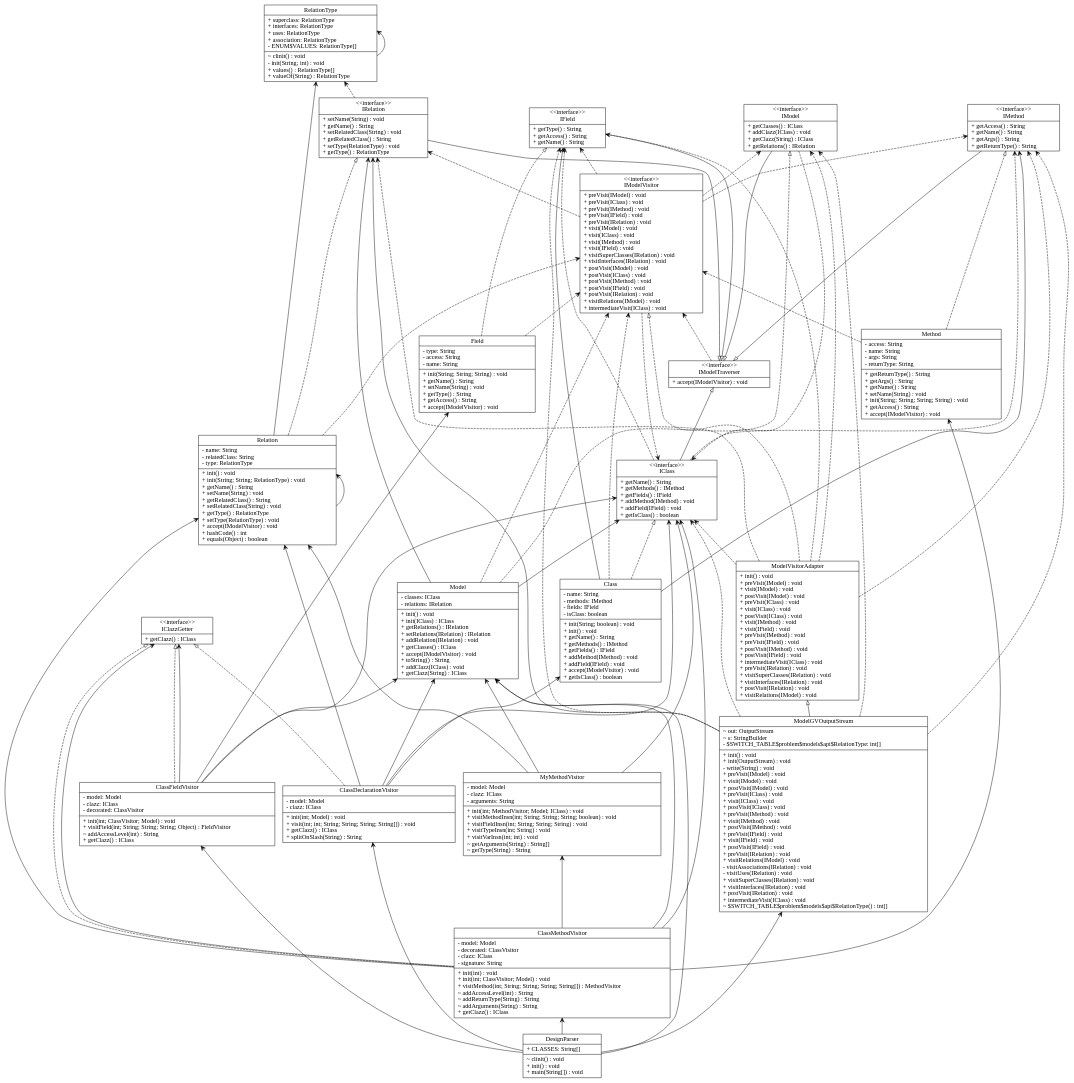
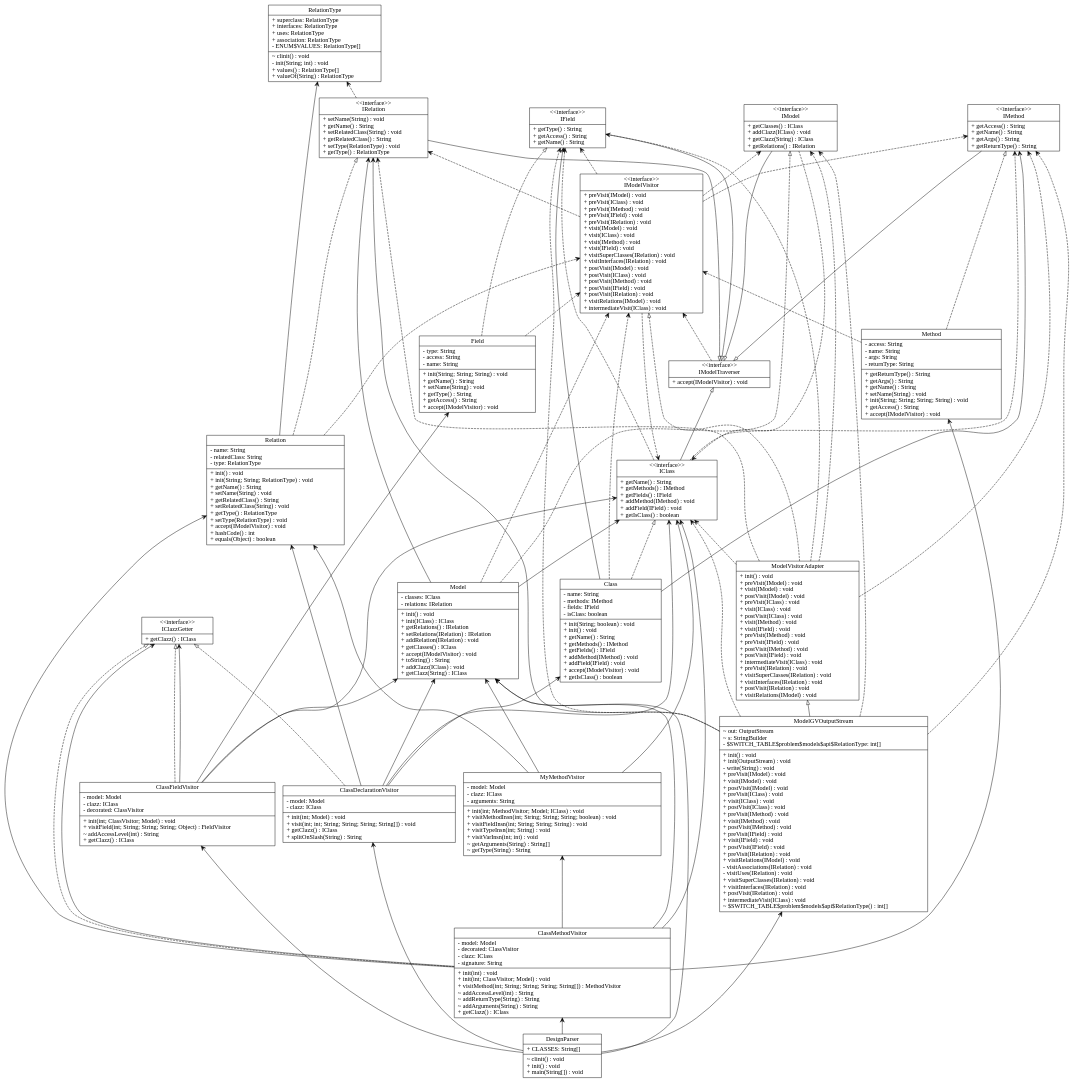
One commit to tpunt3/Csse374 changed the diagram in input_output/model.gv. Above: the diagram before and after it, drawn with Graphviz. The commit also changed 15 other files, not shown here.

```diff
--- a/input_output/model.gv
+++ b/input_output/model.gv
@@ -1,178 +1,176 @@
 digraph model{
 rankdir = BT;
 ClassDeclarationVisitor [
 shape="record",
 label = "{ClassDeclarationVisitor| - model: Model\l- clazz: IClass\l|+ init(int; Model) : void\l+ visit(int; int; String; String; String; String[]) : void\l+ getClazz() : IClass\l+ splitOnSlash(String) : String\l}"
 ];
 
 ClassFieldVisitor [
 shape="record",
 label = "{ClassFieldVisitor| - model: Model\l- clazz: IClass\l- decorated: ClassVisitor\l|+ init(int; ClassVisitor; Model) : void\l+ visitField(int; String; String; String; Object) : FieldVisitor\l~ addAccessLevel(int) : String\l+ getClazz() : IClass\l}"
 ];
 
 ClassMethodVisitor [
 shape="record",
 label = "{ClassMethodVisitor| - model: Model\l- decorated: ClassVisitor\l- clazz: IClass\l- signature: String\l|+ init(int) : void\l+ init(int; ClassVisitor; Model) : void\l+ visitMethod(int; String; String; String; String[]) : MethodVisitor\l~ addAccessLevel(int) : String\l~ addReturnType(String) : String\l~ addArguments(String) : String\l+ getClazz() : IClass\l}"
 ];
 
 DesignParser [
 shape="record",
 label = "{DesignParser| + CLASSES: String[]\l|~ clinit() : void\l+ init() : void\l+ main(String[]) : void\l}"
 ];
 
 IClazzGetter [
 shape="record",
 label = "{\<\<interface\>\>\nIClazzGetter| + getClazz() : IClass\l}"
 ];
 
 MyMethodVisitor [
 shape="record",
 label = "{MyMethodVisitor| - model: Model\l- clazz: IClass\l- arguments: String\l|+ init(int; MethodVisitor; Model; IClass) : void\l+ visitMethodInsn(int; String; String; String; boolean) : void\l+ visitFieldInsn(int; String; String; String) : void\l+ visitTypeInsn(int; String) : void\l+ visitVarInsn(int; int) : void\l~ getArguments(String) : String[]\l~ getType(String) : String\l}"
 ];
 
 IModelTraverser [
 shape="record",
 label = "{\<\<interface\>\>\nIModelTraverser| + accept(IModelVisitor) : void\l}"
 ];
 
 IModelVisitor [
 shape="record",
 label = "{\<\<interface\>\>\nIModelVisitor| + preVisit(IModel) : void\l+ preVisit(IClass) : void\l+ preVisit(IMethod) : void\l+ preVisit(IField) : void\l+ preVisit(IRelation) : void\l+ visit(IModel) : void\l+ visit(IClass) : void\l+ visit(IMethod) : void\l+ visit(IField) : void\l+ visitSuperClasses(IRelation) : void\l+ visitInterfaces(IRelation) : void\l+ postVisit(IModel) : void\l+ postVisit(IClass) : void\l+ postVisit(IMethod) : void\l+ postVisit(IField) : void\l+ postVisit(IRelation) : void\l+ visitRelations(IModel) : void\l+ intermediateVisit(IClass) : void\l}"
 ];
 
 ModelVisitorAdapter [
 shape="record",
 label = "{ModelVisitorAdapter| + init() : void\l+ preVisit(IModel) : void\l+ visit(IModel) : void\l+ postVisit(IModel) : void\l+ preVisit(IClass) : void\l+ visit(IClass) : void\l+ postVisit(IClass) : void\l+ visit(IMethod) : void\l+ visit(IField) : void\l+ preVisit(IMethod) : void\l+ preVisit(IField) : void\l+ postVisit(IMethod) : void\l+ postVisit(IField) : void\l+ intermediateVisit(IClass) : void\l+ preVisit(IRelation) : void\l+ visitSuperClasses(IRelation) : void\l+ visitInterfaces(IRelation) : void\l+ postVisit(IRelation) : void\l+ visitRelations(IModel) : void\l}"
 ];
 
 IClass [
 shape="record",
 label = "{\<\<interface\>\>\nIClass| + getName() : String\l+ getMethods() : IMethod\l+ getFields() : IField\l+ addMethod(IMethod) : void\l+ addField(IField) : void\l+ getIsClass() : boolean\l}"
 ];
 
 IField [
 shape="record",
 label = "{\<\<interface\>\>\nIField| + getType() : String\l+ getAccess() : String\l+ getName() : String\l}"
 ];
 
 IMethod [
 shape="record",
 label = "{\<\<interface\>\>\nIMethod| + getAccess() : String\l+ getName() : String\l+ getArgs() : String\l+ getReturnType() : String\l}"
 ];
 
 IModel [
 shape="record",
 label = "{\<\<interface\>\>\nIModel| + getClasses() : IClass\l+ addClazz(IClass) : void\l+ getClazz(String) : IClass\l+ getRelations() : IRelation\l}"
 ];
 
 IRelation [
 shape="record",
 label = "{\<\<interface\>\>\nIRelation| + setName(String) : void\l+ getName() : String\l+ setRelatedClass(String) : void\l+ getRelatedClass() : String\l+ setType(RelationType) : void\l+ getType() : RelationType\l}"
 ];
 
 RelationType [
 shape="record",
 label = "{RelationType| + superclass: RelationType\l+ interfaces: RelationType\l+ uses: RelationType\l+ association: RelationType\l- ENUM$VALUES: RelationType[]\l|~ clinit() : void\l- init(String; int) : void\l+ values() : RelationType[]\l+ valueOf(String) : RelationType\l}"
 ];
 
 Class [
 shape="record",
 label = "{Class| - name: String\l- methods: IMethod\l- fields: IField\l- isClass: boolean\l|+ init(String; boolean) : void\l+ init() : void\l+ getName() : String\l+ getMethods() : IMethod\l+ getFields() : IField\l+ addMethod(IMethod) : void\l+ addField(IField) : void\l+ accept(IModelVisitor) : void\l+ getIsClass() : boolean\l}"
 ];
 
 Field [
 shape="record",
 label = "{Field| - type: String\l- access: String\l- name: String\l|+ init(String; String; String) : void\l+ getName() : String\l+ setName(String) : void\l+ getType() : String\l+ getAccess() : String\l+ accept(IModelVisitor) : void\l}"
 ];
 
 Method [
 shape="record",
 label = "{Method| - access: String\l- name: String\l- args: String\l- returnType: String\l|+ getReturnType() : String\l+ getArgs() : String\l+ getName() : String\l+ setName(String) : void\l+ init(String; String; String; String) : void\l+ getAccess() : String\l+ accept(IModelVisitor) : void\l}"
 ];
 
 Model [
 shape="record",
 label = "{Model| - classes: IClass\l- relations: IRelation\l|+ init() : void\l+ init(IClass) : IClass\l+ getRelations() : IRelation\l+ setRelations(IRelation) : IRelation\l+ addRelation(IRelation) : void\l+ getClasses() : IClass\l+ accept(IModelVisitor) : void\l+ toString() : String\l+ addClazz(IClass) : void\l+ getClazz(String) : IClass\l}"
 ];
 
 ModelGVOutputStream [
 shape="record",
 label = "{ModelGVOutputStream| ~ out: OutputStream\l~ s: StringBuilder\l- $SWITCH_TABLE$problem$models$api$RelationType: int[]\l|+ init() : void\l+ init(OutputStream) : void\l- write(String) : void\l+ preVisit(IModel) : void\l+ visit(IModel) : void\l+ postVisit(IModel) : void\l+ preVisit(IClass) : void\l+ visit(IClass) : void\l+ postVisit(IClass) : void\l+ preVisit(IMethod) : void\l+ visit(IMethod) : void\l+ postVisit(IMethod) : void\l+ preVisit(IField) : void\l+ visit(IField) : void\l+ postVisit(IField) : void\l+ preVisit(IRelation) : void\l+ visitRelations(IModel) : void\l- visitAssociations(IRelation) : void\l- visitUses(IRelation) : void\l+ visitSuperClasses(IRelation) : void\l+ visitInterfaces(IRelation) : void\l+ postVisit(IRelation) : void\l+ intermediateVisit(IClass) : void\l~ $SWITCH_TABLE$problem$models$api$RelationType() : int[]\l}"
 ];
 
 Relation [
 shape="record",
 label = "{Relation| - name: String\l- relatedClass: String\l- type: RelationType\l|+ init() : void\l+ init(String; String; RelationType) : void\l+ getName() : String\l+ setName(String) : void\l+ getRelatedClass() : String\l+ setRelatedClass(String) : void\l+ getType() : RelationType\l+ setType(RelationType) : void\l+ accept(IModelVisitor) : void\l+ hashCode() : int\l+ equals(Object) : boolean\l}"
 ];
 
 //writing relations between classes now
 ClassDeclarationVisitor -> IClazzGetter [arrowhead = "empty", style = "dashed"];
 ClassDeclarationVisitor -> Model [arrowhead = "vee"];
 ClassDeclarationVisitor -> Class [arrowhead = "vee"];
 ClassDeclarationVisitor -> IClass [arrowhead = "vee"];
 ClassDeclarationVisitor -> Relation [arrowhead = "vee"];
 ClassFieldVisitor -> IClazzGetter [arrowhead = "empty", style = "dashed"];
 ClassFieldVisitor -> Model [arrowhead = "vee"];
 ClassFieldVisitor -> IClass [arrowhead = "vee"];
 ClassFieldVisitor -> Field [arrowhead = "vee"];
 ClassFieldVisitor -> IClazzGetter [arrowhead = "vee"];
 ClassMethodVisitor -> IClazzGetter [arrowhead = "empty", style = "dashed"];
 ClassMethodVisitor -> IClass [arrowhead = "vee"];
 ClassMethodVisitor -> Model [arrowhead = "vee"];
 ClassMethodVisitor -> MyMethodVisitor [arrowhead = "vee"];
 ClassMethodVisitor -> Relation [arrowhead = "vee"];
 ClassMethodVisitor -> Method [arrowhead = "vee"];
 ClassMethodVisitor -> IClazzGetter [arrowhead = "vee"];
 DesignParser -> Model [arrowhead = "vee"];
 DesignParser -> ClassDeclarationVisitor [arrowhead = "vee"];
 DesignParser -> ClassFieldVisitor [arrowhead = "vee"];
 DesignParser -> ClassMethodVisitor [arrowhead = "vee"];
 DesignParser -> ModelGVOutputStream [arrowhead = "vee"];
 MyMethodVisitor -> Model [arrowhead = "vee"];
 MyMethodVisitor -> IClass [arrowhead = "vee"];
 MyMethodVisitor -> Relation [arrowhead = "vee"];
 IModelTraverser -> IModelVisitor [arrowhead = "vee", style = "dashed"];
 IModelVisitor -> IModel [arrowhead = "vee", style = "dashed"];
 IModelVisitor -> IClass [arrowhead = "vee", style = "dashed"];
 IModelVisitor -> IMethod [arrowhead = "vee", style = "dashed"];
 IModelVisitor -> IField [arrowhead = "vee", style = "dashed"];
 IModelVisitor -> IRelation [arrowhead = "vee", style = "dashed"];
 ModelVisitorAdapter -> IModelVisitor [arrowhead = "empty", style = "dashed"];
 ModelVisitorAdapter -> IModel [arrowhead = "vee", style = "dashed"];
 ModelVisitorAdapter -> IClass [arrowhead = "vee", style = "dashed"];
 ModelVisitorAdapter -> IMethod [arrowhead = "vee", style = "dashed"];
 ModelVisitorAdapter -> IField [arrowhead = "vee", style = "dashed"];
 ModelVisitorAdapter -> IRelation [arrowhead = "vee", style = "dashed"];
 IClass -> IModelTraverser [arrowhead = "empty"];
 IClass -> IMethod [arrowhead = "vee", style = "dashed"];
 IClass -> IField [arrowhead = "vee", style = "dashed"];
 IField -> IModelTraverser [arrowhead = "empty"];
 IMethod -> IModelTraverser [arrowhead = "empty"];
 IModel -> IModelTraverser [arrowhead = "empty"];
 IModel -> IClass [arrowhead = "vee", style = "dashed"];
 IRelation -> IModelTraverser [arrowhead = "empty"];
 IRelation -> RelationType [arrowhead = "vee", style = "dashed"];
-RelationType -> RelationType [arrowhead = "vee"];
 Class -> IClass [arrowhead = "empty", style = "dashed"];
 Class -> IModelVisitor [arrowhead = "vee", style = "dashed"];
 Class -> IField [arrowhead = "vee"];
 Class -> IMethod [arrowhead = "vee"];
 Field -> IField [arrowhead = "empty", style = "dashed"];
 Field -> IModelVisitor [arrowhead = "vee", style = "dashed"];
 Method -> IMethod [arrowhead = "empty", style = "dashed"];
 Method -> IModelVisitor [arrowhead = "vee", style = "dashed"];
 Model -> IModel [arrowhead = "empty", style = "dashed"];
 Model -> IRelation [arrowhead = "vee"];
 Model -> IModelVisitor [arrowhead = "vee", style = "dashed"];
 Model -> IClass [arrowhead = "vee"];
 ModelGVOutputStream -> ModelVisitorAdapter [arrowhead = "empty"];
 ModelGVOutputStream -> IModel [arrowhead = "vee", style = "dashed"];
 ModelGVOutputStream -> IClass [arrowhead = "vee", style = "dashed"];
 ModelGVOutputStream -> IMethod [arrowhead = "vee", style = "dashed"];
 ModelGVOutputStream -> IField [arrowhead = "vee", style = "dashed"];
 ModelGVOutputStream -> IRelation [arrowhead = "vee"];
 Relation -> IRelation [arrowhead = "empty", style = "dashed"];
 Relation -> RelationType [arrowhead = "vee"];
 Relation -> IModelVisitor [arrowhead = "vee", style = "dashed"];
-Relation -> Relation [arrowhead = "vee"];
 }
```
